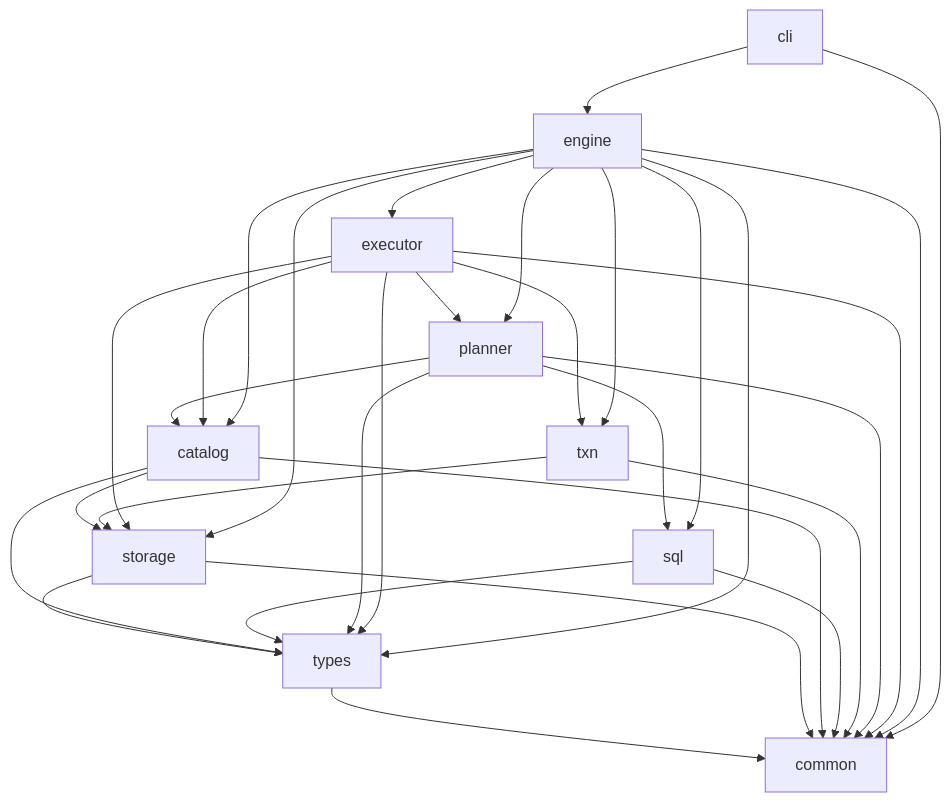
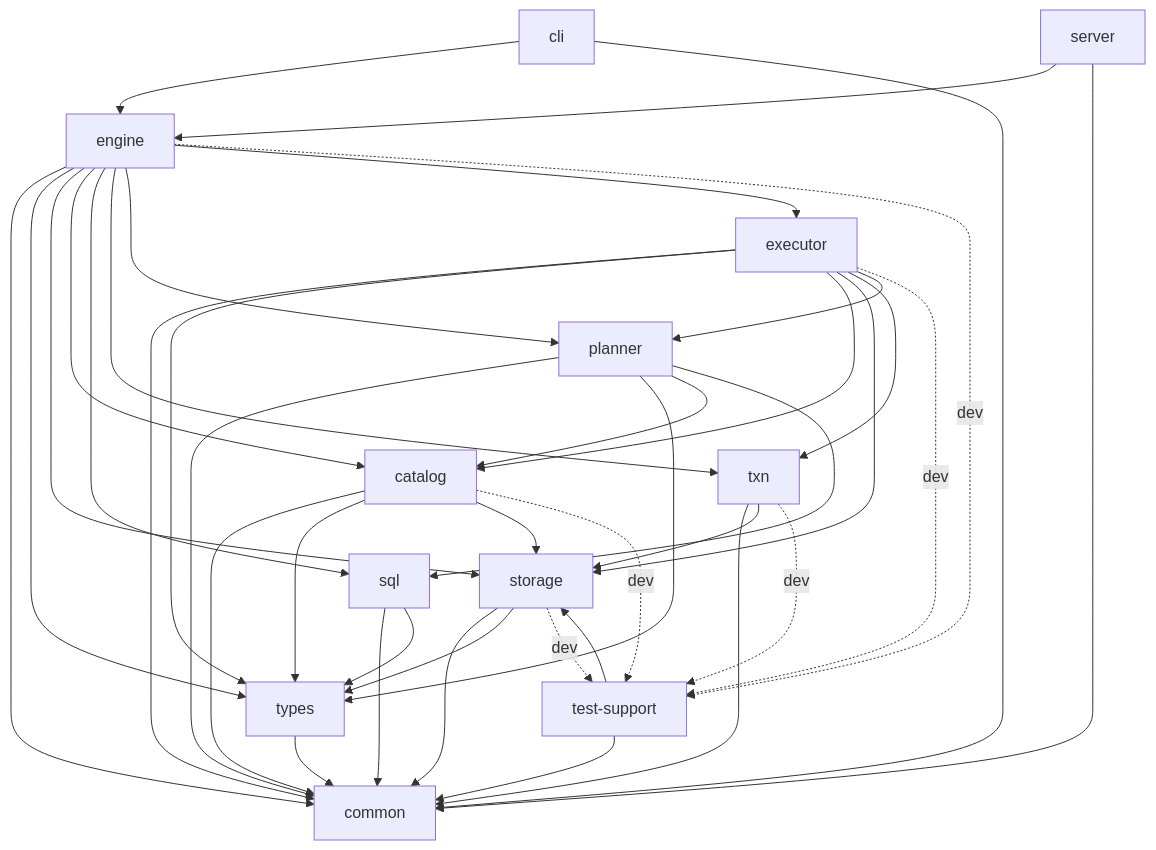
Before and after one commit to Dmitriy-G/simple_rdbms: the diagram in docs/diagrams/crate-dependencies.mmd, drawn with Mermaid. The commit also changed 18 other files, not shown here.

Commit message:
Implement agents flow

```diff
--- a/docs/diagrams/crate-dependencies.mmd
+++ b/docs/diagrams/crate-dependencies.mmd
@@ -1,42 +1,54 @@
 graph TD
     common[common]
     types[types]
     storage[storage]
     catalog[catalog]
     sql[sql]
     txn[txn]
     planner[planner]
     executor[executor]
     engine[engine]
     cli[cli]
+    server[server]
+    test_support[test-support]
 
     types --> common
     storage --> common
     storage --> types
     catalog --> common
     catalog --> types
     catalog --> storage
     sql --> common
     sql --> types
     txn --> common
     txn --> storage
     planner --> common
     planner --> types
     planner --> catalog
     planner --> sql
     executor --> common
     executor --> types
     executor --> catalog
     executor --> storage
     executor --> txn
     executor --> planner
     engine --> common
     engine --> types
     engine --> storage
     engine --> catalog
     engine --> sql
     engine --> txn
     engine --> planner
     engine --> executor
     cli --> engine
     cli --> common
+    server --> engine
+    server --> common
+
+    test_support --> common
+    test_support --> storage
+    storage -. dev .-> test_support
+    catalog -. dev .-> test_support
+    txn -. dev .-> test_support
+    executor -. dev .-> test_support
+    engine -. dev .-> test_support
```
